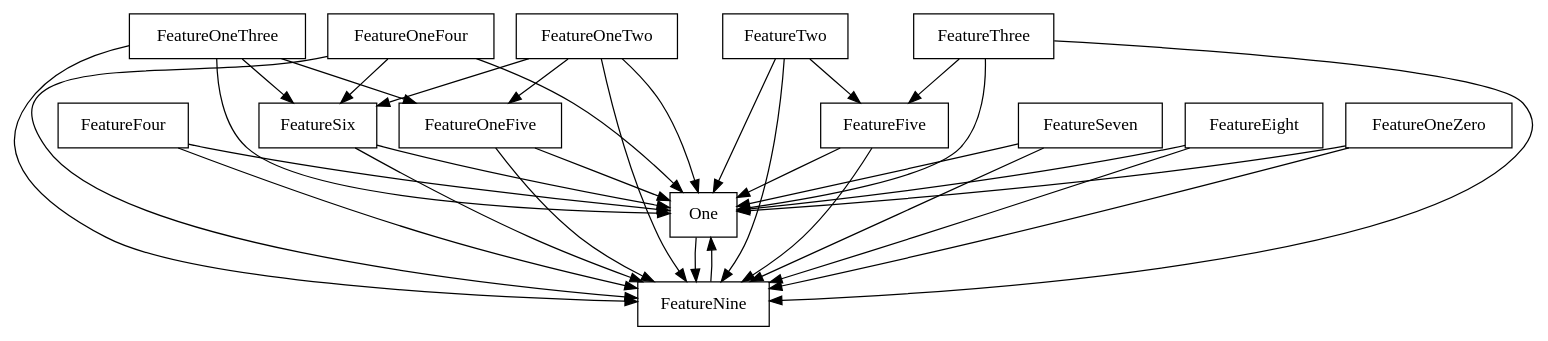
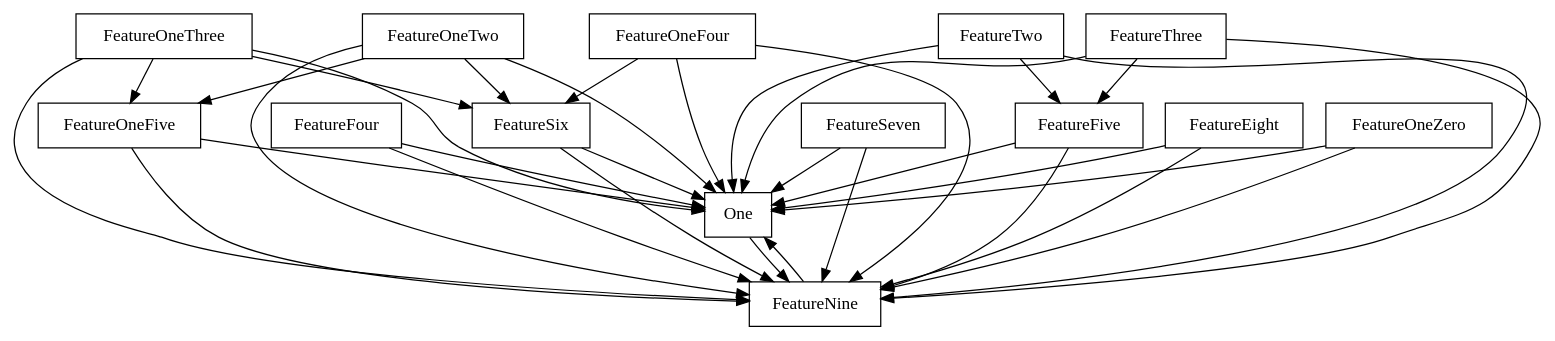
One commit to FAMILIAR-project/familiar-language changed the diagram in FAMILIAR/output/SPLOT-big/fm_69_model_20110216_608697455.xml.dot. Above: the diagram before and after it, drawn with Graphviz. The commit also changed 204 other files, not shown here.

```diff
--- a/FAMILIAR/output/SPLOT-big/fm_69_model_20110216_608697455.xml.dot
+++ b/FAMILIAR/output/SPLOT-big/fm_69_model_20110216_608697455.xml.dot
@@ -1,52 +1,52 @@
 digraph{
 graph [rankdir=TB];
 node [shape=box];
 edge [arrowhead=normal];
 0[label="FeatureOneThree",]
 1[label="FeatureTwo",]
-2[label="FeatureFive",]
-3[label="FeatureSix",]
+2[label="FeatureSix",]
+3[label="FeatureFive",]
 4[label="FeatureOneFour",]
-5[label="FeatureFour",]
-6[label="FeatureOneFive",]
+5[label="FeatureOneFive",]
+6[label="FeatureFour",]
 7[label="FeatureThree",]
 8[label="FeatureOneTwo",]
 9[label="FeatureSeven",]
 10[label="One",]
-11[label="FeatureNine",]
-12[label="FeatureEight",]
+11[label="FeatureEight",]
+12[label="FeatureNine",]
 13[label="FeatureOneZero",]
-0->3[label="",]
-0->6[label="",]
+0->2[label="",]
+0->5[label="",]
 0->10[label="",]
-0->11[label="",]
-1->2[label="",]
+0->12[label="",]
+1->3[label="",]
 1->10[label="",]
-1->11[label="",]
+1->12[label="",]
 2->10[label="",]
-2->11[label="",]
+2->12[label="",]
 3->10[label="",]
-3->11[label="",]
-4->3[label="",]
+3->12[label="",]
+4->2[label="",]
 4->10[label="",]
-4->11[label="",]
+4->12[label="",]
 5->10[label="",]
-5->11[label="",]
+5->12[label="",]
 6->10[label="",]
-6->11[label="",]
-7->2[label="",]
+6->12[label="",]
+7->3[label="",]
 7->10[label="",]
-7->11[label="",]
-8->3[label="",]
-8->6[label="",]
+7->12[label="",]
+8->2[label="",]
+8->5[label="",]
 8->10[label="",]
-8->11[label="",]
+8->12[label="",]
 9->10[label="",]
-9->11[label="",]
-10->11[label="",]
+9->12[label="",]
+10->12[label="",]
 11->10[label="",]
+11->12[label="",]
 12->10[label="",]
-12->11[label="",]
 13->10[label="",]
-13->11[label="",]
+13->12[label="",]
 }
```
